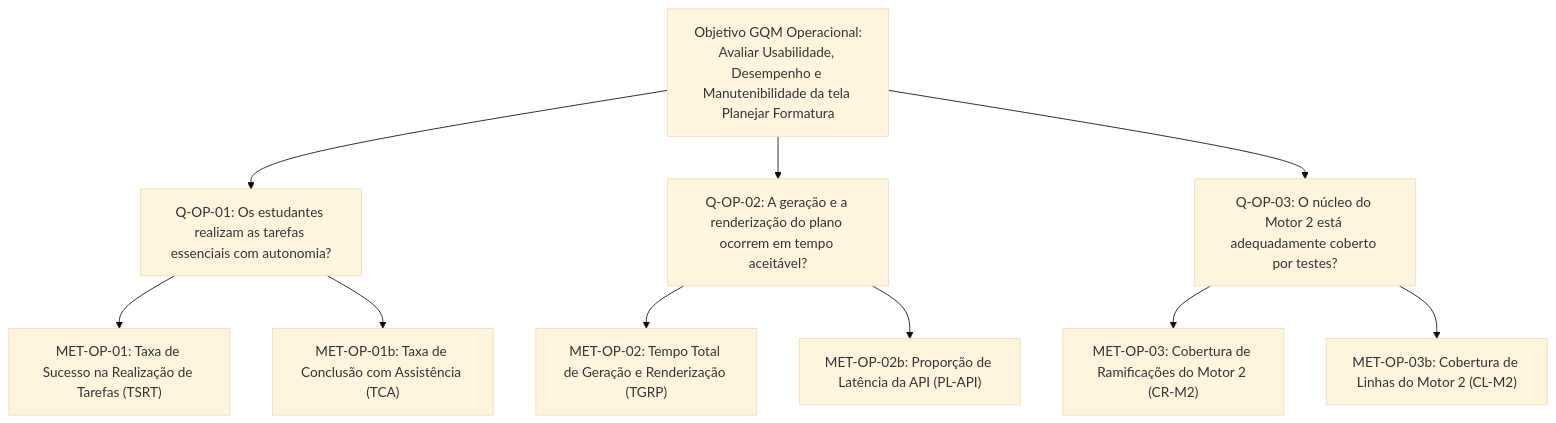
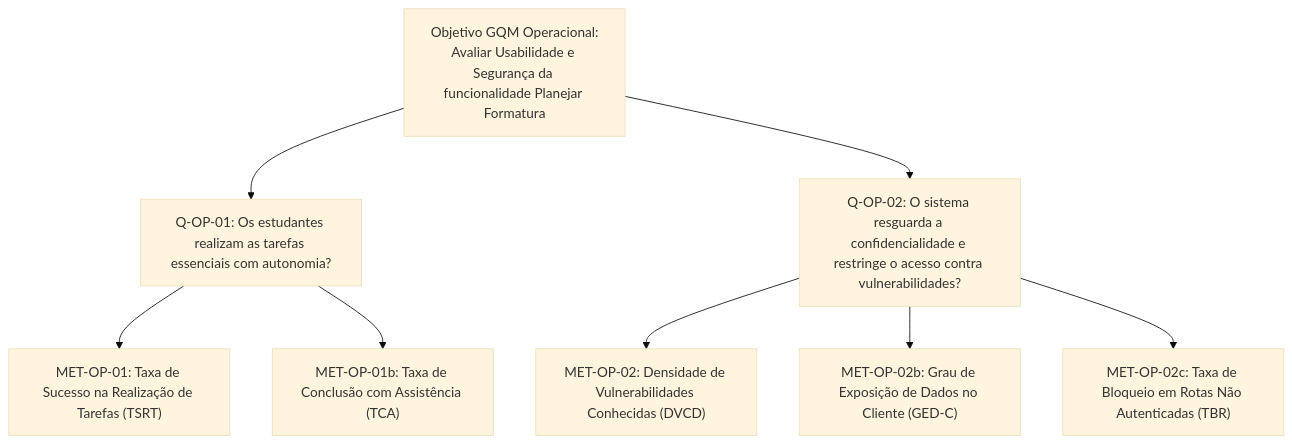
Before and after one commit to FCTE-Qualidade-de-Software-1/2026-2_T02_JEAN_SAMMET: the diagram in docs/fases/fase2/metricasOperacionais.md, drawn with Mermaid (base theme). The commit also changed other lines of this file and 10 other files, not shown here.

Commit message:
docs: ajuste de escopo e métricas para Adequação Funcional, Usabilidade e Segurança

````diff
--- a/docs/fases/fase2/metricasOperacionais.md
+++ b/docs/fases/fase2/metricasOperacionais.md
@@ -23,17 +22,14 @@
 ```mermaid
 graph TD
-    Goal["Objetivo GQM Operacional:<br/>Avaliar Usabilidade, Desempenho e Manutenibilidade da tela Planejar Formatura"]
+    Goal["Objetivo GQM Operacional:<br/>Avaliar Usabilidade e Segurança da funcionalidade Planejar Formatura"]
     
     Goal --> Q1["Q-OP-01: Os estudantes realizam as tarefas essenciais com autonomia?"]
-    Goal --> Q2["Q-OP-02: A geração e a renderização do plano ocorrem em tempo aceitável?"]
-    Goal --> Q3["Q-OP-03: O núcleo do Motor 2 está adequadamente coberto por testes?"]
+    Goal --> Q2["Q-OP-02: O sistema resguarda a confidencialidade e restringe o acesso contra vulnerabilidades?"]
     
     Q1 --> M1["MET-OP-01: Taxa de Sucesso na Realização de Tarefas (TSRT)"]
     Q1 --> M1b["MET-OP-01b: Taxa de Conclusão com Assistência (TCA)"]
     
-    Q2 --> M2["MET-OP-02: Tempo Total de Geração e Renderização (TGRP)"]
-    Q2 --> M2b["MET-OP-02b: Proporção de Latência da API (PL-API)"]
-    
-    Q3 --> M3["MET-OP-03: Cobertura de Ramificações do Motor 2 (CR-M2)"]
-    Q3 --> M3b["MET-OP-03b: Cobertura de Linhas do Motor 2 (CL-M2)"]
+    Q2 --> M2["MET-OP-02: Densidade de Vulnerabilidades Conhecidas (DVCD)"]
+    Q2 --> M2b["MET-OP-02b: Grau de Exposição de Dados no Cliente (GED-C)"]
+    Q2 --> M2c["MET-OP-02c: Taxa de Bloqueio em Rotas Não Autenticadas (TBR)"]
 ```
````
